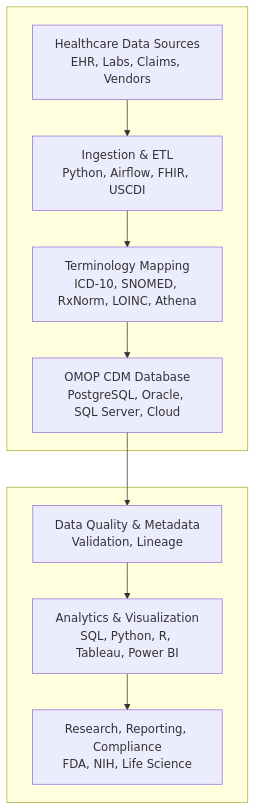
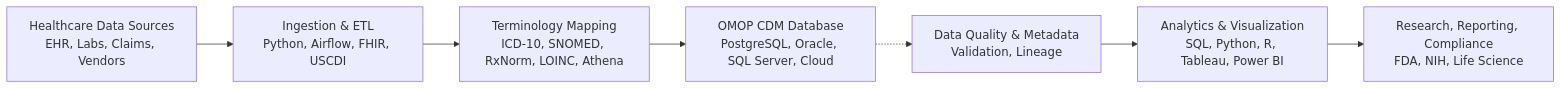
The diagram in docs/PROJECT_OVERVIEW.md (justin-mbca/omop-clinical-data-pipeline), drawn with Mermaid before and after one commit. The commit also changed other lines of this file, not shown here.

Commit message:
Update Data Workflow Diagram to true side-by-side (LR) layout for better windowed view

````diff
--- a/docs/PROJECT_OVERVIEW.md
+++ b/docs/PROJECT_OVERVIEW.md
@@ -16,15 +16,9 @@
 ```mermaid
-flowchart TD
-   subgraph COL1[ ]
-      A1[Healthcare Data Sources\nEHR, Labs, Claims, Vendors]
-      B1[Ingestion & ETL\nPython, Airflow, FHIR, USCDI]
-      C1[Terminology Mapping\nICD-10, SNOMED, RxNorm, LOINC, Athena]
-      D1[OMOP CDM Database\nPostgreSQL, Oracle, SQL Server, Cloud]
-   end
-   subgraph COL2[ ]
-      A2[Data Quality & Metadata\nValidation, Lineage]
-      B2[Analytics & Visualization\nSQL, Python, R, Tableau, Power BI]
-      C2[Research, Reporting, Compliance\nFDA, NIH, Life Science]
-   end
-   A1 --> B1 --> C1 --> D1 --> A2 --> B2 --> C2
+flowchart LR
+   %% Left column
+   A[Healthcare Data Sources\nEHR, Labs, Claims, Vendors] --> B[Ingestion & ETL\nPython, Airflow, FHIR, USCDI] --> C[Terminology Mapping\nICD-10, SNOMED, RxNorm, LOINC, Athena] --> D[OMOP CDM Database\nPostgreSQL, Oracle, SQL Server, Cloud]
+   %% Right column
+   E[Data Quality & Metadata\nValidation, Lineage] --> F[Analytics & Visualization\nSQL, Python, R, Tableau, Power BI] --> G[Research, Reporting, Compliance\nFDA, NIH, Life Science]
+   %% Connect the two columns
+   D -.-> E
 ```
````
